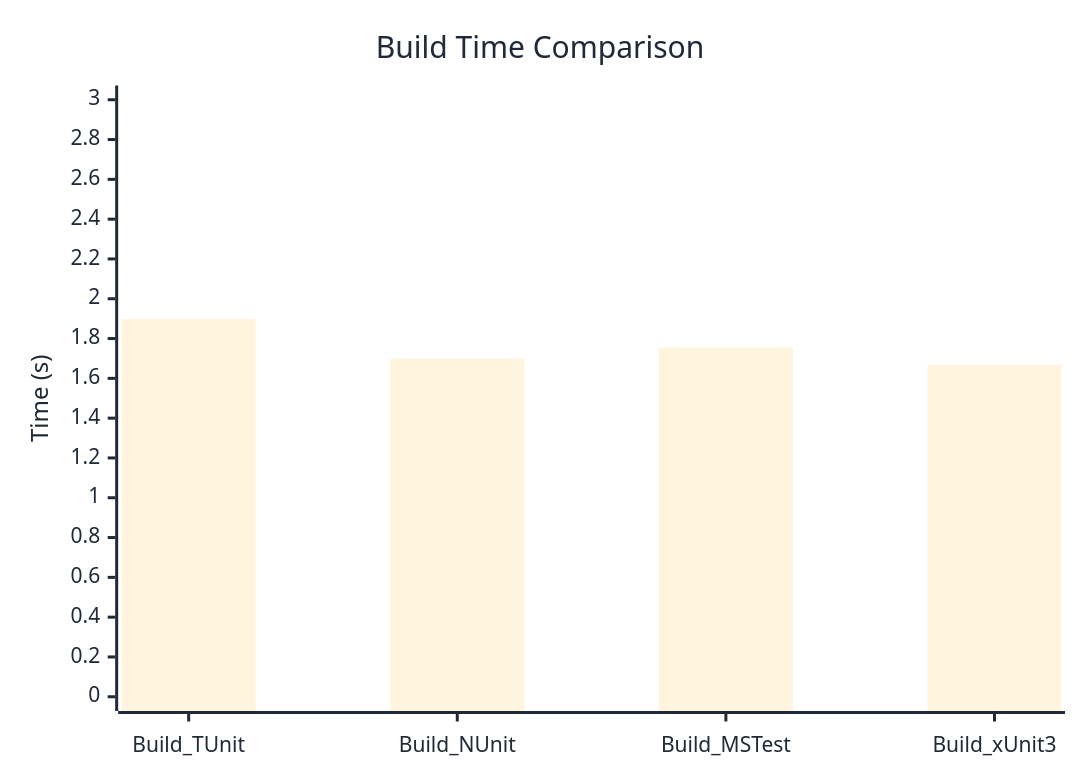
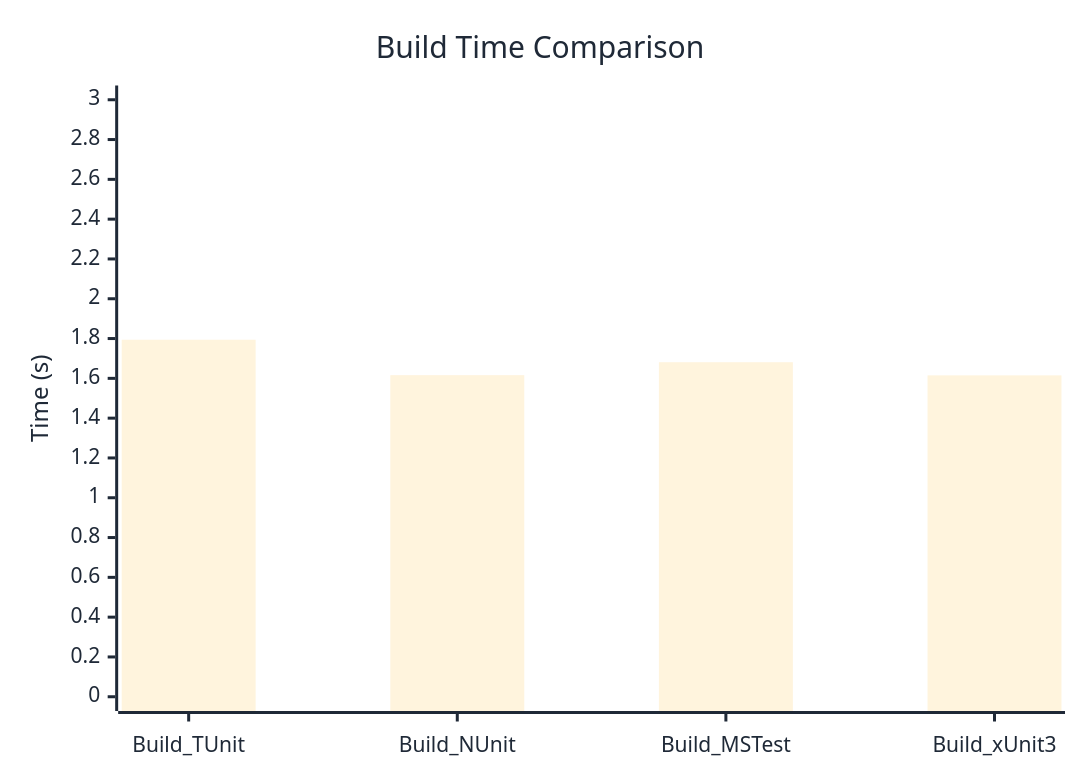
The diagram in docs/docs/benchmarks/BuildTime.md (thomhurst/TUnit), drawn with Mermaid before and after one commit. The commit also changed other lines of this file and 17 other files, not shown here.

````diff
--- a/docs/docs/benchmarks/BuildTime.md
+++ b/docs/docs/benchmarks/BuildTime.md
@@ -28,37 +28,37 @@
 ```mermaid
 %%{init: {
   'theme':'base',
   'themeVariables': {
     'primaryColor': '#2563eb',
     'primaryTextColor': '#1f2937',
     'primaryBorderColor': '#1e40af',
     'lineColor': '#6b7280',
     'secondaryColor': '#7c3aed',
     'tertiaryColor': '#dc2626',
     'background': '#ffffff',
     'mainBkg': '#2563eb',
     'secondBkg': '#7c3aed',
     'tertiaryBkg': '#dc2626',
     'clusterBkg': '#f3f4f6',
     'edgeLabelBackground': '#ffffff',
     'tertiaryTextColor': '#1f2937',
     'pie1': '#2563eb',
     'pie2': '#7c3aed',
     'pie3': '#dc2626',
     'pie4': '#f59e0b',
     'pie5': '#10b981',
     'pie6': '#06b6d4',
     'pie7': '#ec4899',
     'pie8': '#6366f1',
     'pie9': '#84cc16',
     'pie10': '#f97316',
     'pie11': '#14b8a6',
     'pie12': '#a855f7'
   }
 }}%%
 xychart-beta
   title "Build Time Comparison"
   x-axis ["Build_TUnit", "Build_NUnit", "Build_MSTest", "Build_xUnit3"]
   y-axis "Time (s)" 0 --> 3
-  bar [1.898, 1.699, 1.755, 1.669]
+  bar [1.794, 1.616, 1.681, 1.615]
 ```
````
